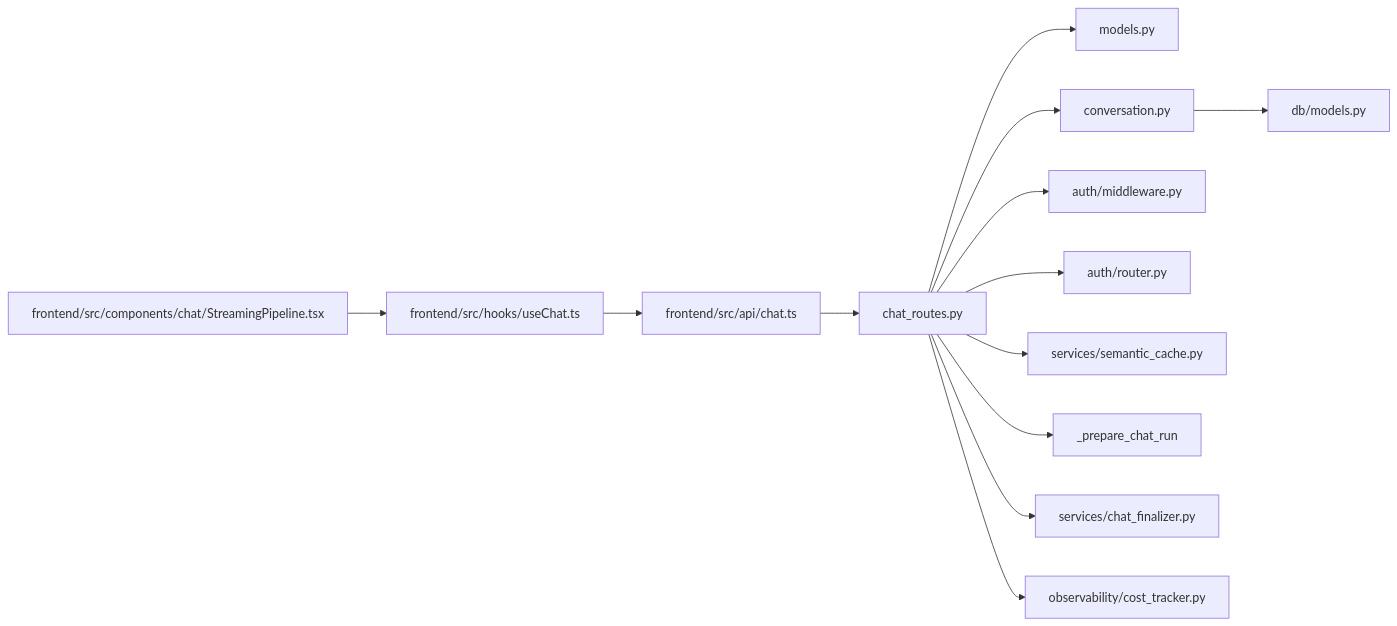
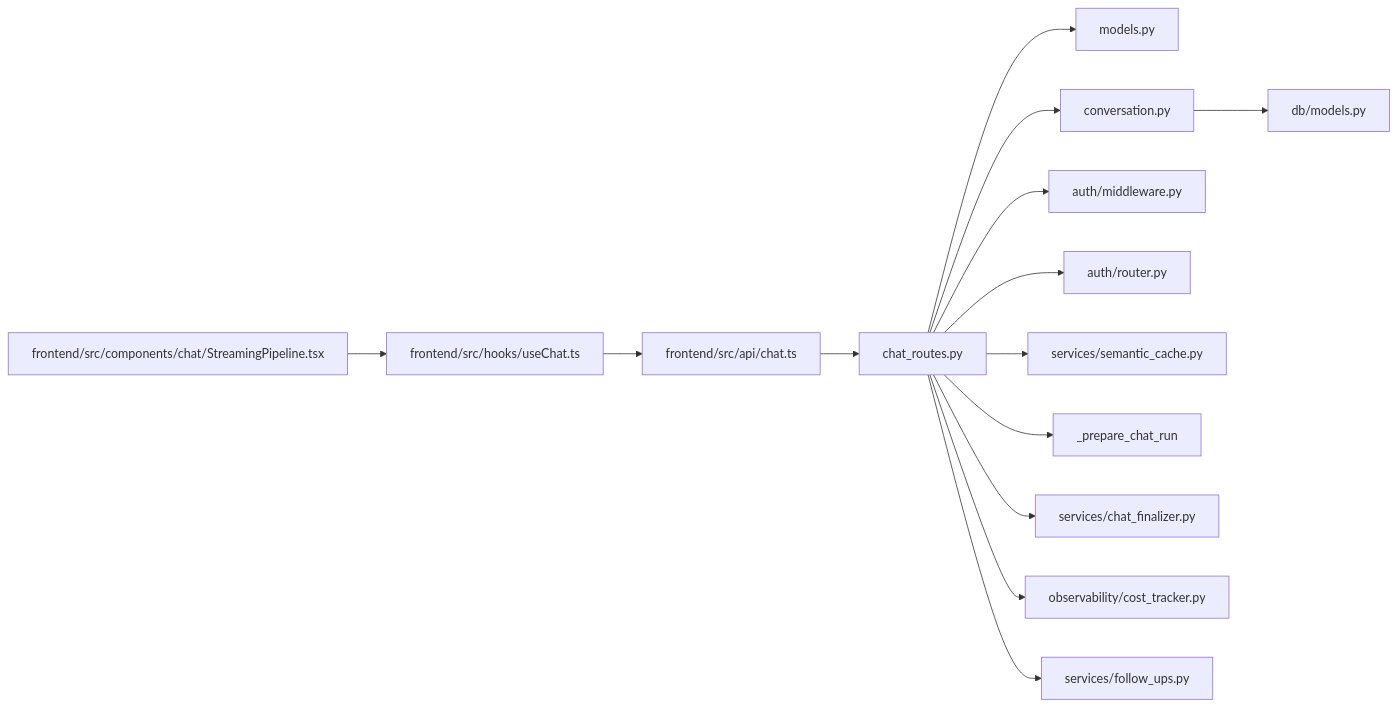
Before and after one commit to genes8/private-ai: the seventh of 7 diagrams in .qoder/repowiki/en/content/Backend Development/API Endpoints/Chat Endpoints.md, drawn with Mermaid. The commit also changed other lines of this file and 36 other files, not shown here.

````diff
--- a/.qoder/repowiki/en/content/Backend Development/API Endpoints/Chat Endpoints.md
+++ b/.qoder/repowiki/en/content/Backend Development/API Endpoints/Chat Endpoints.md
@@ -574,15 +673,16 @@
 ```mermaid
 graph LR
 CR["chat_routes.py"] --> M["models.py"]
 CR --> CM["conversation.py"]
 CR --> AM["auth/middleware.py"]
 CR --> AR["auth/router.py"]
 CR --> SC["services/semantic_cache.py"]
 CR --> PF["_prepare_chat_run"]
 CR --> CF["services/chat_finalizer.py"]
 CR --> CT["observability/cost_tracker.py"]
+CR --> FS["services/follow_ups.py"]
 CM --> DBM["db/models.py"]
 FE["frontend/src/api/chat.ts"] --> CR
 HC["frontend/src/hooks/useChat.ts"] --> FE
 UI["frontend/src/components/chat/StreamingPipeline.tsx"] --> HC
 ```
````
